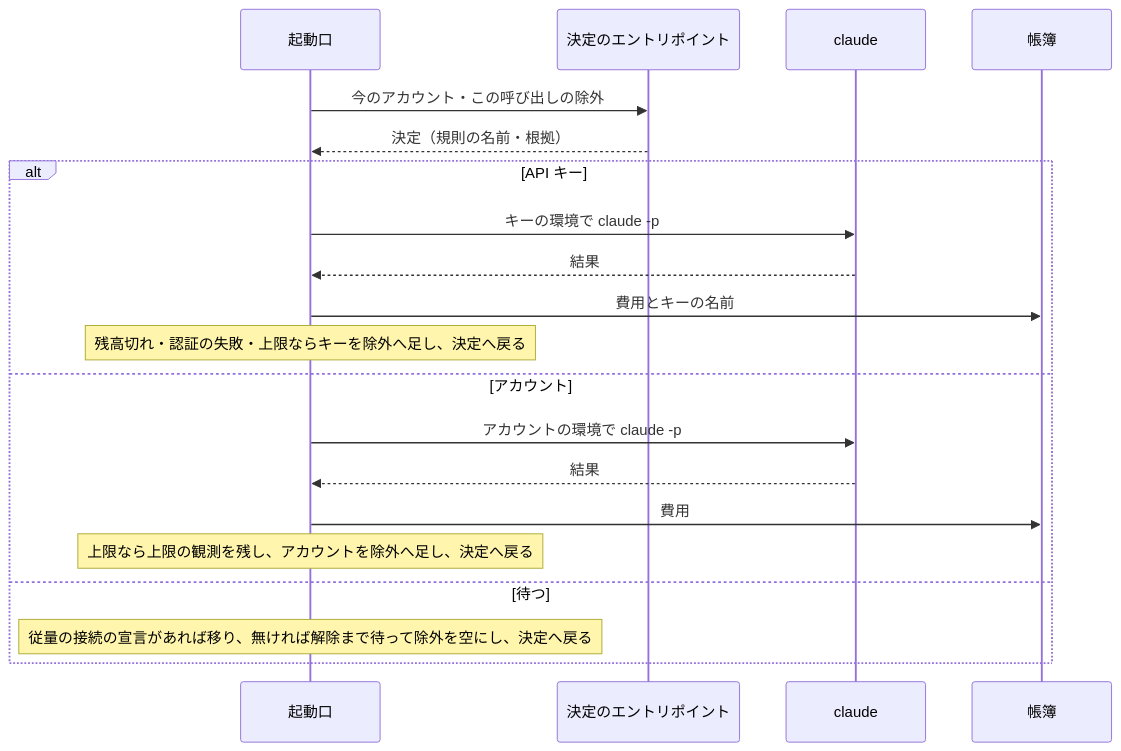
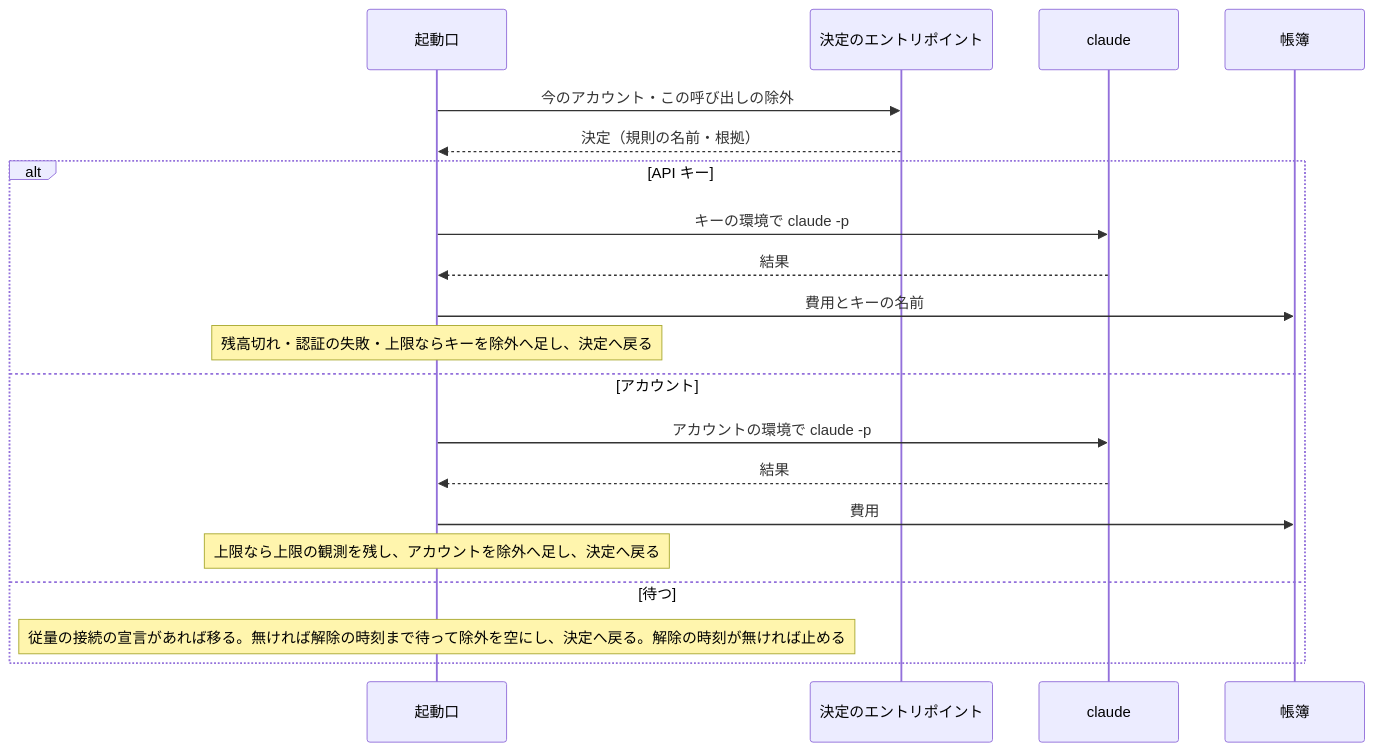
The third of 4 diagrams in issues/issue-2930-design.md (devbasex/ai-plugins), drawn with Mermaid before and after one commit. The commit also changed other lines of this file and 1 other file, not shown here.

````diff
--- a/issues/issue-2930-design.md
+++ b/issues/issue-2930-design.md
@@ -378,22 +378,22 @@
 ```mermaid
 sequenceDiagram
     participant 起動口
     participant 決定のエントリポイント
     participant claude
     participant 帳簿
     起動口->>決定のエントリポイント: 今のアカウント・この呼び出しの除外
     決定のエントリポイント-->>起動口: 決定（規則の名前・根拠）
     alt API キー
         起動口->>claude: キーの環境で claude -p
         claude-->>起動口: 結果
         起動口->>帳簿: 費用とキーの名前
         Note over 起動口: 残高切れ・認証の失敗・上限ならキーを除外へ足し、決定へ戻る
     else アカウント
         起動口->>claude: アカウントの環境で claude -p
         claude-->>起動口: 結果
         起動口->>帳簿: 費用
         Note over 起動口: 上限なら上限の観測を残し、アカウントを除外へ足し、決定へ戻る
     else 待つ
-        Note over 起動口: 従量の接続の宣言があれば移り、無ければ解除まで待って除外を空にし、決定へ戻る
+        Note over 起動口: 従量の接続の宣言があれば移る。無ければ解除の時刻まで待って除外を空にし、決定へ戻る。解除の時刻が無ければ止める
     end
 ```
````
